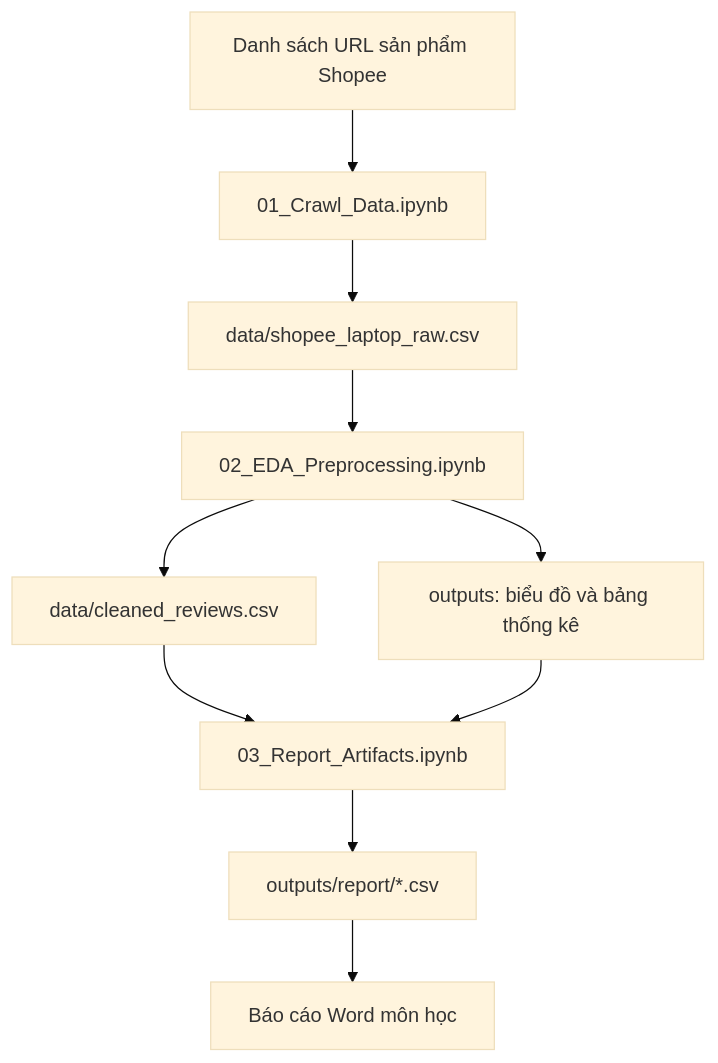
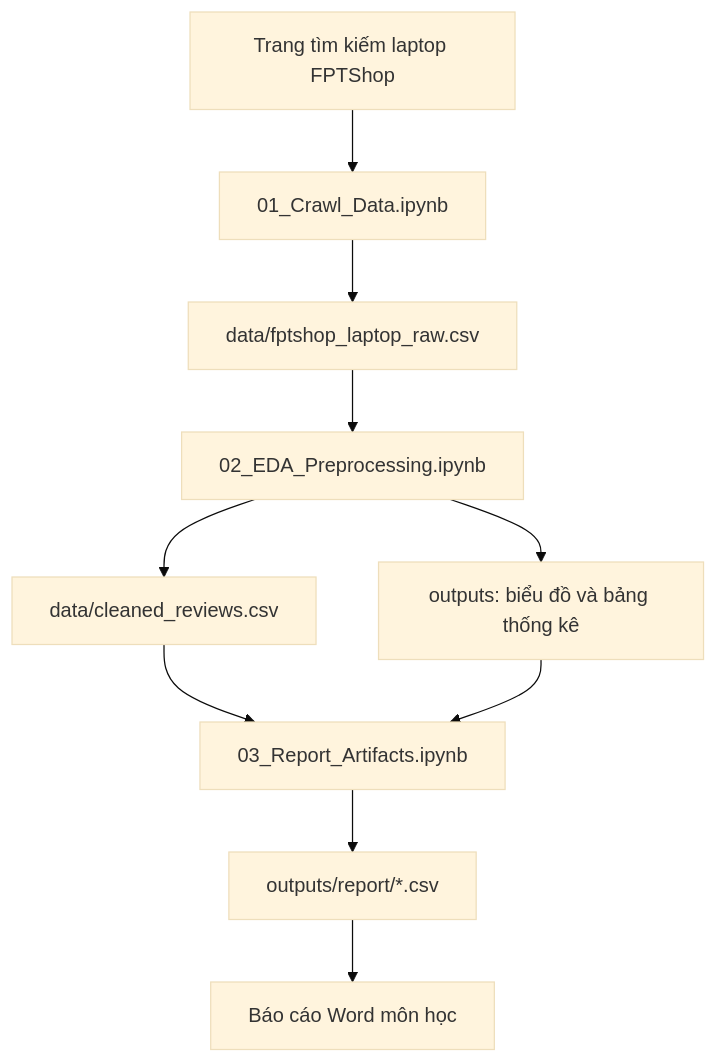
Before and after one commit to CodeingOver/KTLTTrongPTDL: the first of 3 diagrams in docs/architecture.md, drawn with Mermaid (base theme). The commit also changed other lines of this file and 6 other files, not shown here.

First line of the commit message:
Chuyển đổi nguồn thu thập dữ liệu từ Shopee sang FPTShop

````diff
--- a/docs/architecture.md
+++ b/docs/architecture.md
@@ -69,12 +72,12 @@
 ```mermaid
 graph TD
-    A[Danh sách URL sản phẩm Shopee] --> B[01_Crawl_Data.ipynb]
-    B --> C[data/shopee_laptop_raw.csv]
+    A[Trang tìm kiếm laptop FPTShop] --> B[01_Crawl_Data.ipynb]
+    B --> C[data/fptshop_laptop_raw.csv]
     C --> D[02_EDA_Preprocessing.ipynb]
     D --> E[data/cleaned_reviews.csv]
     D --> F[outputs: biểu đồ và bảng thống kê]
     E --> G[03_Report_Artifacts.ipynb]
     F --> G
     G --> H[outputs/report/*.csv]
     H --> I[Báo cáo Word môn học]
 ```
````
